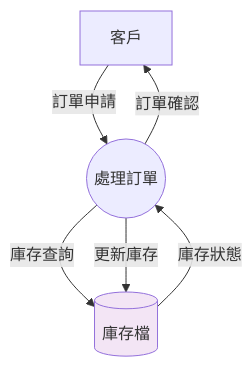
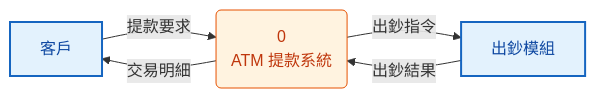
One commit to chihhung/Blog changed the fourth of 35 diagrams in content/posts/教學/分析與設計/資料流程圖(DFD)教學.md. Above: the diagram before and after it, drawn with Mermaid. The commit also changed other lines of this file and 1 other file, not shown here.

````diff
--- a/content/posts/教學/分析與設計/資料流程圖(DFD)教學.md
+++ b/content/posts/教學/分析與設計/資料流程圖(DFD)教學.md
@@ -404,10 +457,11 @@
 ```mermaid
-graph TD
-    A[客戶] -->|訂單申請| B((處理訂單))
-    B -->|訂單確認| A
-    B -->|庫存查詢| C[(庫存檔)]
-    C -->|庫存狀態| B
-    B -->|更新庫存| C
-    
-    style C fill:#f3e5f5
+flowchart LR
+    A["客戶"] -->|提款要求| B("0<br/>ATM 提款系統")
+    B -->|交易明細| A
+    B -->|出鈔指令| C["出鈔模組"]
+    C -->|出鈔結果| B
+    classDef ent fill:#e3f2fd,stroke:#1565c0,stroke-width:2px,color:#0d47a1
+    classDef proc fill:#fff3e0,stroke:#e65100,color:#bf360c
+    class A,C ent
+    class B proc
 ```
````
